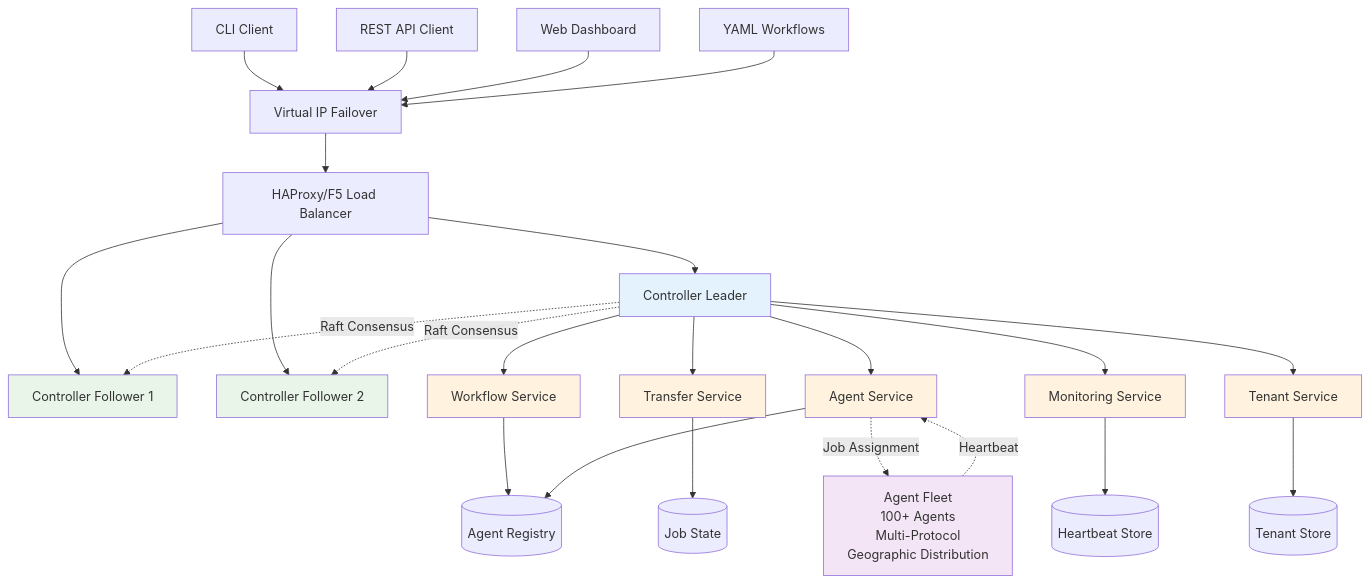
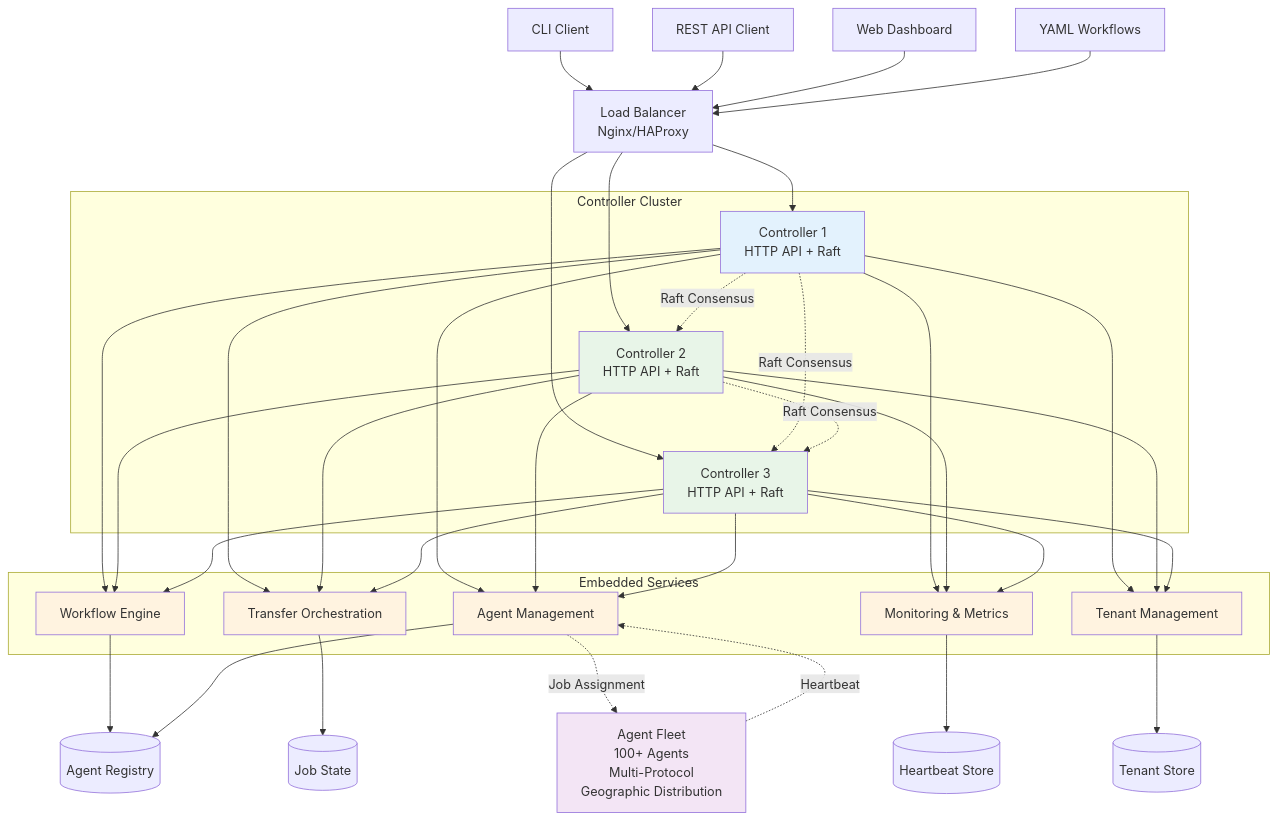
Before and after one commit to mraysmit/quorus: the first of 15 diagrams in docs/quorus-comprehensive-system-design.md, drawn with Mermaid. The commit also changed other lines of this file and 40 other files, not shown here.

````diff
--- a/docs/quorus-comprehensive-system-design.md
+++ b/docs/quorus-comprehensive-system-design.md
@@ -29,66 +41,80 @@
 ```mermaid
 graph TD
     CLI[CLI Client]
     API[REST API Client]
     WEB[Web Dashboard]
     YAML[YAML Workflows]
 
-    VIP[Virtual IP Failover]
-    LB[HAProxy/F5 Load Balancer]
+    LB[Load Balancer<br/>Nginx/HAProxy]
 
-    CL[Controller Leader]
-    CF1[Controller Follower 1]
-    CF2[Controller Follower 2]
+    subgraph "Controller Cluster"
+        C1[Controller 1<br/>HTTP API + Raft]
+        C2[Controller 2<br/>HTTP API + Raft]
+        C3[Controller 3<br/>HTTP API + Raft]
+    end
 
-    WS[Workflow Service]
-    TS[Transfer Service]
-    AS[Agent Service]
-    MS[Monitoring Service]
-    TMS[Tenant Service]
+    subgraph "Embedded Services"
+        WS[Workflow Engine]
+        TS[Transfer Orchestration]
+        AS[Agent Management]
+        MS[Monitoring & Metrics]
+        TMS[Tenant Management]
+    end
 
     AR[(Agent Registry)]
     HS[(Heartbeat Store)]
     JS[(Job State)]
     TS_DB[(Tenant Store)]
 
     AGENTS[Agent Fleet<br/>100+ Agents<br/>Multi-Protocol<br/>Geographic Distribution]
 
-    CLI --> VIP
-    API --> VIP
-    WEB --> VIP
-    YAML --> VIP
+    CLI --> LB
+    API --> LB
+    WEB --> LB
+    YAML --> LB
 
-    VIP --> LB
+    LB --> C1
+    LB --> C2
+    LB --> C3
 
-    LB --> CL
-    LB --> CF1
-    LB --> CF2
+    C1 -.->|Raft Consensus| C2
+    C1 -.->|Raft Consensus| C3
+    C2 -.->|Raft Consensus| C3
 
-    CL -.->|Raft Consensus| CF1
-    CL -.->|Raft Consensus| CF2
+    C1 --> WS
+    C1 --> TS
+    C1 --> AS
+    C1 --> MS
+    C1 --> TMS
 
-    CL --> WS
-    CL --> TS
-    CL --> AS
-    CL --> MS
-    CL --> TMS
+    C2 --> WS
+    C2 --> TS
+    C2 --> AS
+    C2 --> MS
+    C2 --> TMS
+
+    C3 --> WS
+    C3 --> TS
+    C3 --> AS
+    C3 --> MS
+    C3 --> TMS
 
     WS --> AR
     TS --> JS
     AS --> AR
     MS --> HS
     TMS --> TS_DB
 
     AS -.->|Job Assignment| AGENTS
     AGENTS -.->|Heartbeat| AS
 
-    style CL fill:#e3f2fd
-    style CF1 fill:#e8f5e8
-    style CF2 fill:#e8f5e8
+    style C1 fill:#e3f2fd
+    style C2 fill:#e8f5e8
+    style C3 fill:#e8f5e8
     style WS fill:#fff3e0
     style TS fill:#fff3e0
     style AS fill:#fff3e0
     style MS fill:#fff3e0
     style TMS fill:#fff3e0
     style AGENTS fill:#f3e5f5
 ```
````
